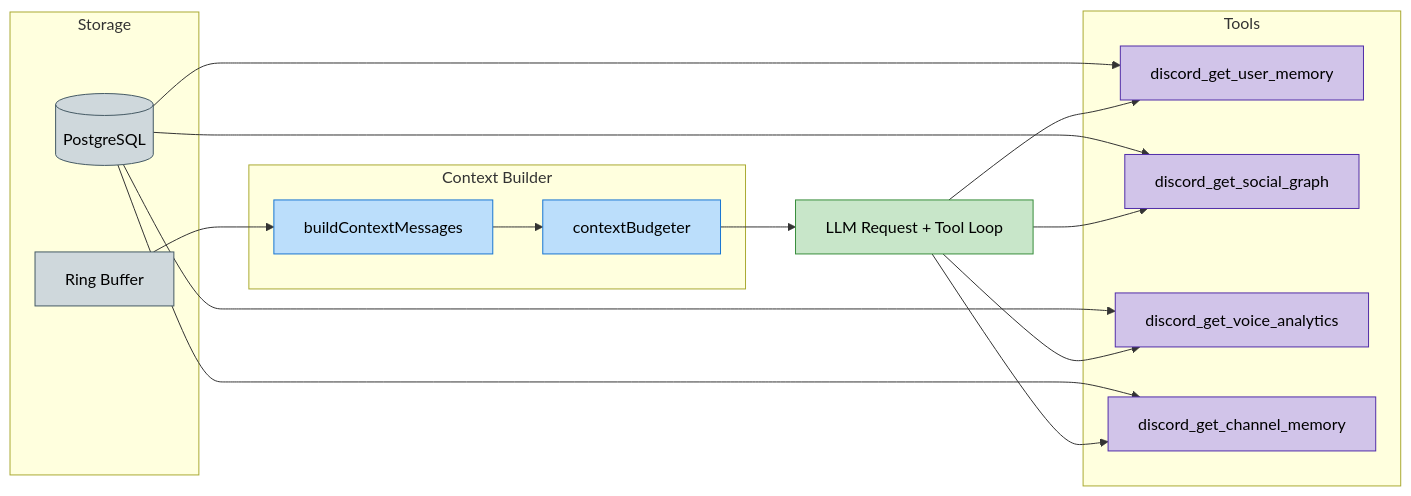
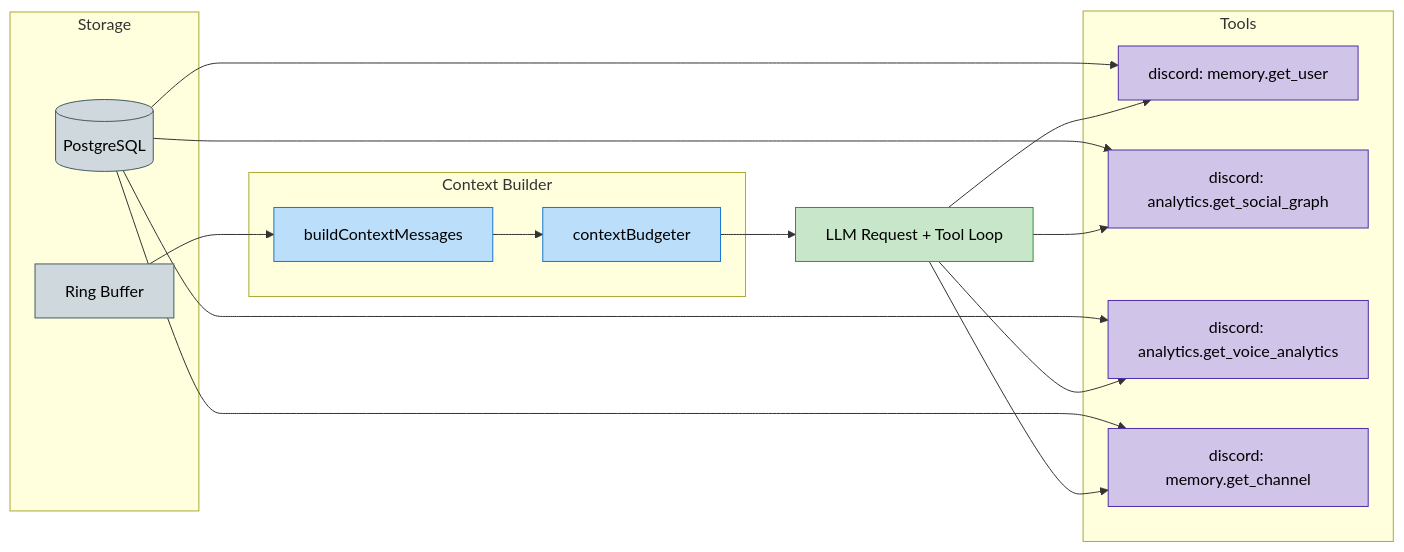
The diagram in docs/architecture/MEMORY.md (BokX1/Sage), drawn with Mermaid before and after one commit. The commit also changed other lines of this file and 25 other files, not shown here.

````diff
--- a/docs/architecture/MEMORY.md
+++ b/docs/architecture/MEMORY.md
@@ -65,35 +65,35 @@
 ```mermaid
 flowchart LR
     classDef storage fill:#cfd8dc,stroke:#455a64,color:black
     classDef tools fill:#d1c4e9,stroke:#512da8,color:black
     classDef builder fill:#bbdefb,stroke:#1976d2,color:black
     classDef llm fill:#c8e6c9,stroke:#388e3c,color:black
 
     subgraph Storage
         DB[(PostgreSQL)]:::storage
         RB[Ring Buffer]:::storage
     end
 
     subgraph Tools
-        MP[discord_get_user_memory]:::tools
-        SP[discord_get_social_graph]:::tools
-        VP[discord_get_voice_analytics]:::tools
-        SU[discord_get_channel_memory]:::tools
+        MP[discord: memory.get_user]:::tools
+        SP[discord: analytics.get_social_graph]:::tools
+        VP[discord: analytics.get_voice_analytics]:::tools
+        SU[discord: memory.get_channel]:::tools
     end
 
     subgraph Context_Builder["Context Builder"]
         MB[buildContextMessages]:::builder
         Budget[contextBudgeter]:::builder
     end
 
     RB --> MB
     MB --> Budget --> LLM[LLM Request + Tool Loop]:::llm
     DB --> MP
     DB --> SP
     DB --> VP
     DB --> SU
     LLM --> MP
     LLM --> SP
     LLM --> VP
     LLM --> SU
 ```
````
